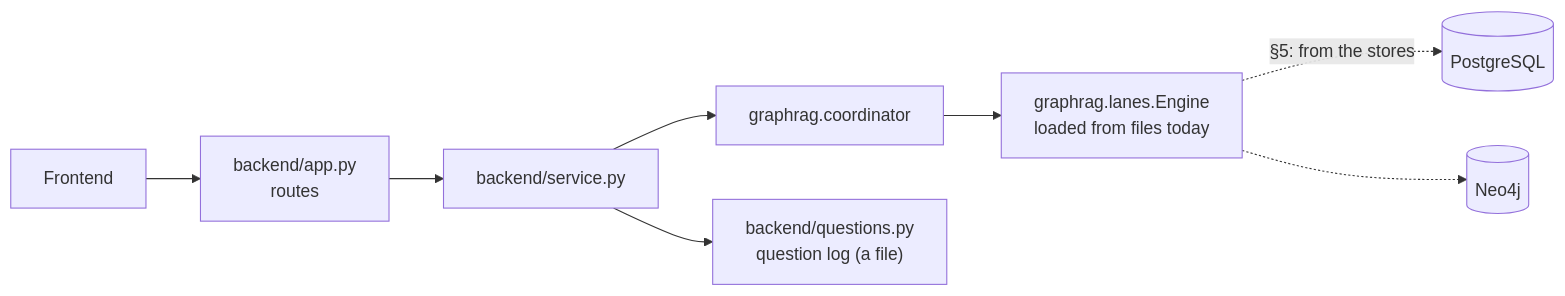
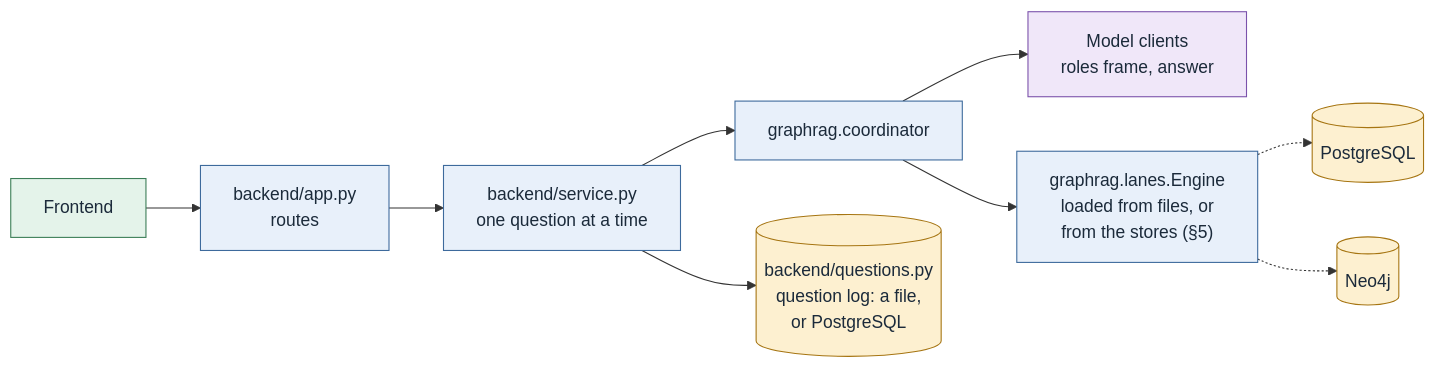
The diagram in docs/tracks/C-storage/backend-design.md (thaitri2005/Secure-O-G-LLM-and-Knowledge-Graph), drawn with Mermaid before and after one commit. The commit also changed 47 other files, not shown here.

````diff
--- a/docs/tracks/C-storage/backend-design.md
+++ b/docs/tracks/C-storage/backend-design.md
@@ -52,10 +52,16 @@
 ```mermaid
 flowchart LR
-    WEB["Frontend"] --> API["backend/app.py<br/>routes"]
-    API --> SVC["backend/service.py"]
-    SVC --> CO["graphrag.coordinator"]
-    SVC --> LOG["backend/questions.py<br/>question log (a file)"]
-    CO --> ENG["graphrag.lanes.Engine<br/>loaded from files today"]
-    ENG -.->|"§5: from the stores"| PG[("PostgreSQL")]
-    ENG -.-> NG[("Neo4j")]
+    WEB["Frontend"]:::ui --> API["backend/app.py<br/>routes"]:::svc
+    API --> SVC["backend/service.py<br/>one question at a time"]:::svc
+    SVC --> CO["graphrag.coordinator"]:::svc
+    SVC --> LOG[("backend/questions.py<br/>question log: a file,<br/>or PostgreSQL")]:::store
+    CO --> LM["Model clients<br/>roles frame, answer"]:::model
+    CO --> ENG["graphrag.lanes.Engine<br/>loaded from files, or<br/>from the stores (§5)"]:::svc
+    ENG -.-> PG[("PostgreSQL")]:::store
+    ENG -.-> NG[("Neo4j")]:::store
+    classDef ui fill:#e4f3ea,stroke:#3b7d57,color:#1b2a3a
+    classDef svc fill:#e8f0fa,stroke:#3d6a9c,color:#1b2a3a
+    classDef store fill:#fdf0d0,stroke:#a67512,color:#1b2a3a
+    classDef model fill:#f0e7f9,stroke:#7b52ab,color:#1b2a3a
+    classDef ext fill:#f3f4f6,stroke:#6b7280,color:#1b2a3a,stroke-dasharray:5 4
 ```
````
